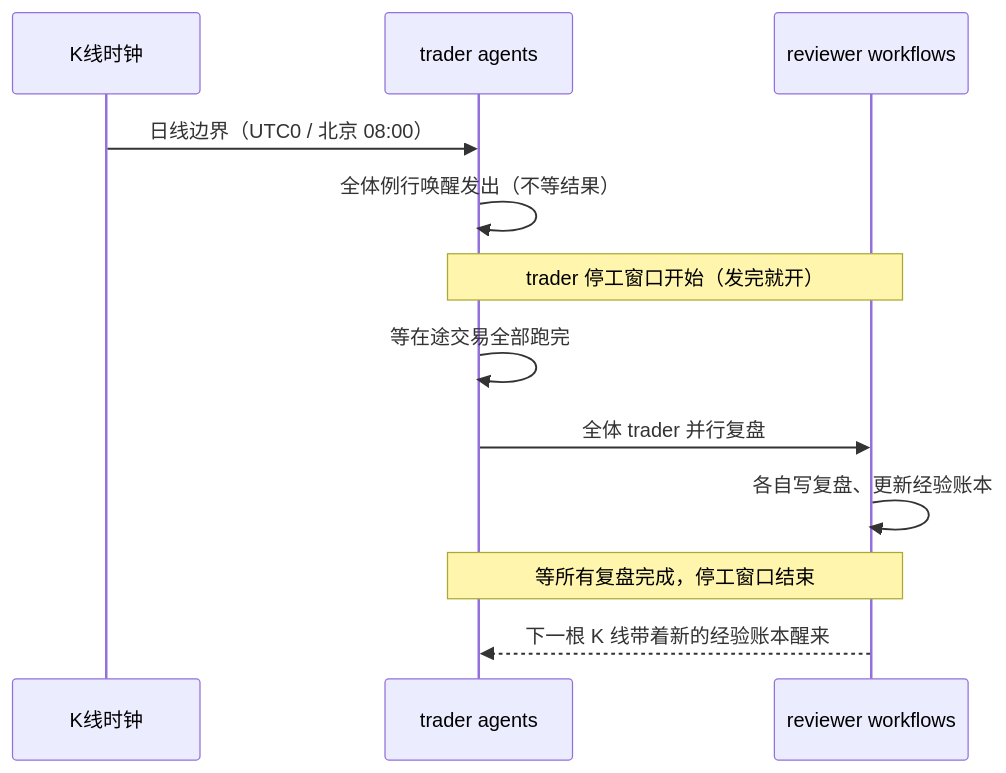
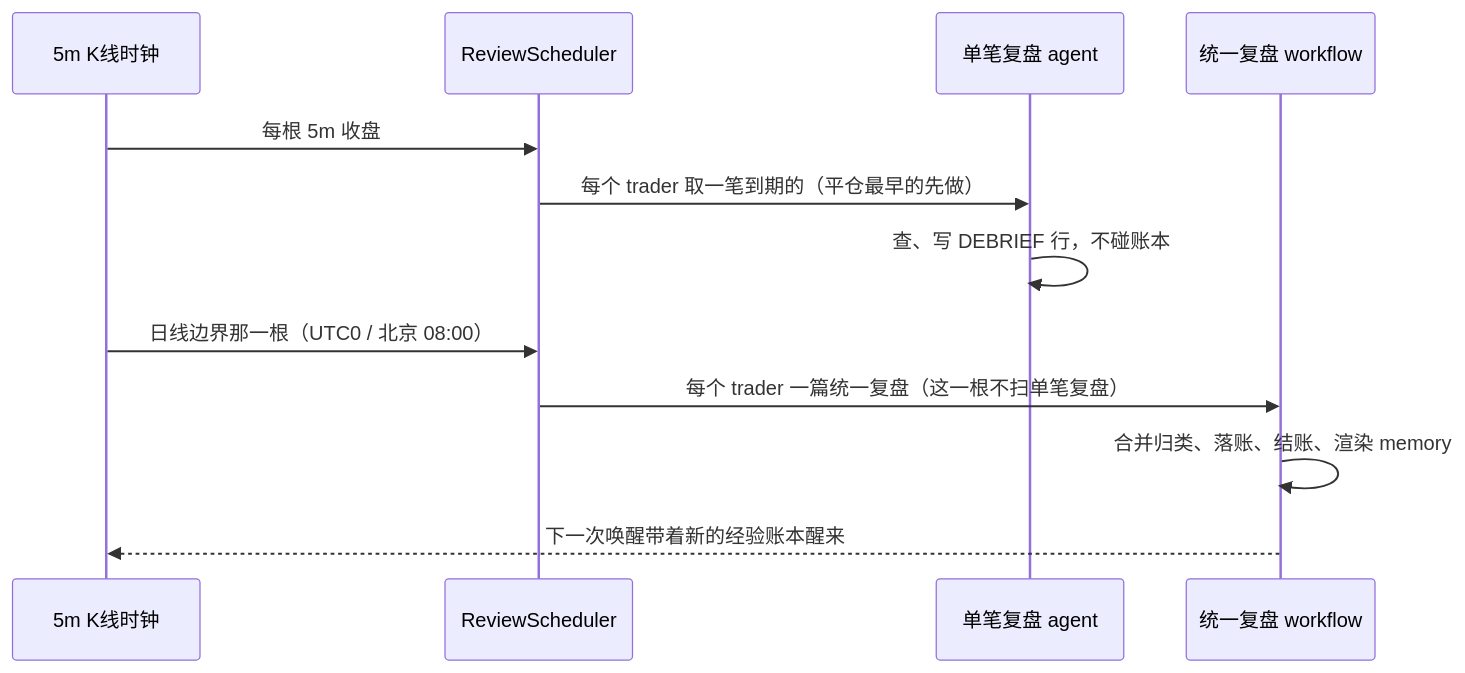
Before and after one commit to mamawai/wtfibought: the sixth of 6 diagrams in docs/agent-harness/architecture.md, drawn with Mermaid. The commit also changed other lines of this file and 78 other files, not shown here.

````diff
--- a/docs/agent-harness/architecture.md
+++ b/docs/agent-harness/architecture.md
@@ -175,14 +207,14 @@
 ```mermaid
 sequenceDiagram
-    participant K as K线时钟
-    participant T as trader agents
-    participant R as reviewer workflows
-    K->>T: 日线边界（UTC0 / 北京 08:00）
-    T->>T: 全体例行唤醒发出（不等结果）
-    Note over T,R: trader 停工窗口开始（发完就开）
-    T->>T: 等在途交易全部跑完
-    T->>R: 全体 trader 并行复盘
-    R->>R: 各自写复盘、更新经验账本
-    Note over T,R: 等所有复盘完成，停工窗口结束
-    R-->>T: 下一根 K 线带着新的经验账本醒来
+    participant K as 5m K线时钟
+    participant S as ReviewScheduler
+    participant D as 单笔复盘 agent
+    participant R as 统一复盘 workflow
+    K->>S: 每根 5m 收盘
+    S->>D: 每个 trader 取一笔到期的（平仓最早的先做）
+    D->>D: 查、写 DEBRIEF 行，不碰账本
+    K->>S: 日线边界那一根（UTC0 / 北京 08:00）
+    S->>R: 每个 trader 一篇统一复盘（这一根不扫单笔复盘）
+    R->>R: 合并归类、落账、结账、渲染 memory
+    R-->>K: 下一次唤醒带着新的经验账本醒来
 ```
````
